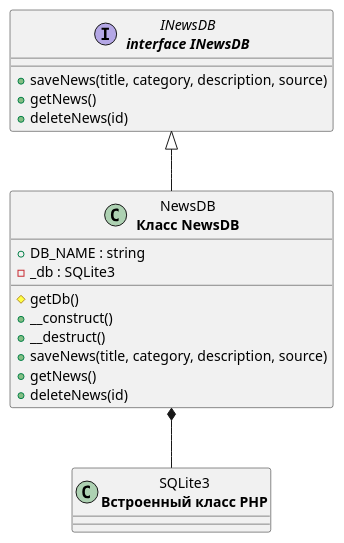
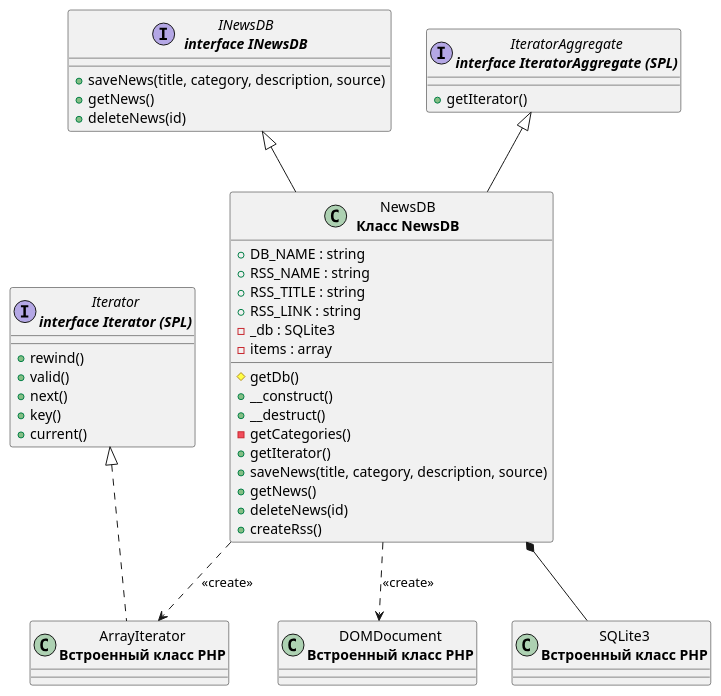
The diagram in lab5/diagrams/news_diagram.puml (Arisha2080/web), drawn with PlantUML before and after one commit. The commit also changed 3 other files, not shown here.

```diff
--- a/lab5/diagrams/news_diagram.puml
+++ b/lab5/diagrams/news_diagram.puml
@@ -1,23 +1,50 @@
 @startuml class-diagram
   interface "INewsDB\n<b>interface INewsDB</b>" as INewsDB {
     +saveNews(title, category, description, source)
     +getNews()
     +deleteNews(id)
   }
 
+  interface "IteratorAggregate\n<b>interface IteratorAggregate (SPL)</b>" as IteratorAggregate {
+    +getIterator()
+  }
+
+  interface "Iterator\n<b>interface Iterator (SPL)</b>" as Iterator {
+    +rewind()
+    +valid()
+    +next()
+    +key()
+    +current()
+  }
+
   class "NewsDB\n<b>Класс NewsDB</b>" as NewsDB {
     +DB_NAME : string
+    +RSS_NAME : string
+    +RSS_TITLE : string
+    +RSS_LINK : string
     -_db : SQLite3
+    -items : array
     #getDb()
     +__construct()
     +__destruct()
+    -getCategories()
+    +getIterator()
     +saveNews(title, category, description, source)
     +getNews()
     +deleteNews(id)
+    +createRss()
   }
 
   class "SQLite3\n<b>Встроенный класс PHP</b>" as SQLite3
 
+  class "ArrayIterator\n<b>Встроенный класс PHP</b>" as ArrayIterator
+
+  class "DOMDocument\n<b>Встроенный класс PHP</b>" as DOMDocument
+
   INewsDB <|-- NewsDB
+  IteratorAggregate <|-- NewsDB
+  Iterator <|.. ArrayIterator
   NewsDB *-- SQLite3
+  NewsDB ..> ArrayIterator : <<create>>
+  NewsDB ..> DOMDocument : <<create>>
 @enduml
```
